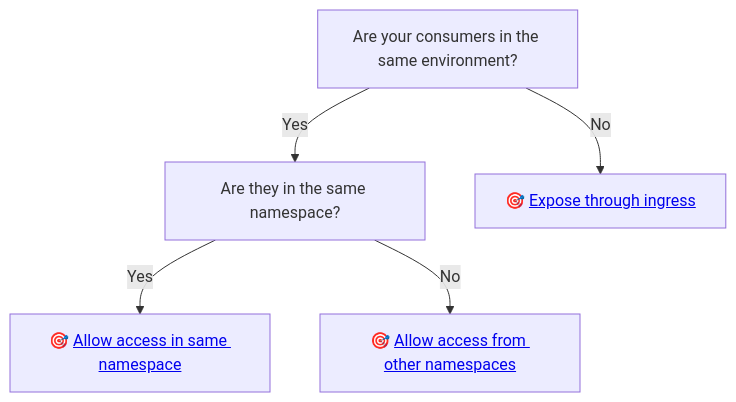
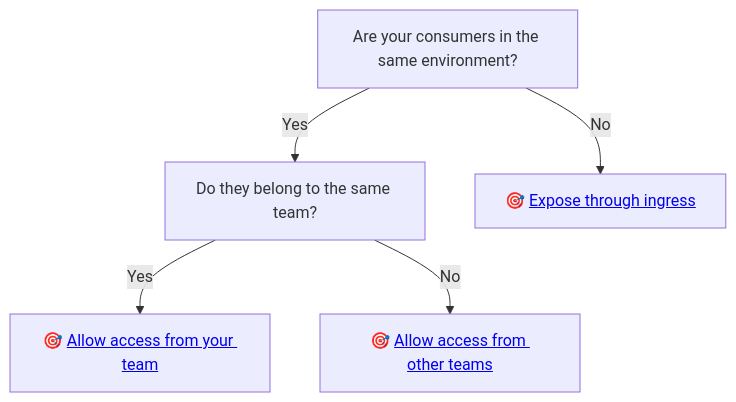
The first of 2 diagrams in docs/workloads/explanations/zero-trust.md (nais/doc), drawn with Mermaid before and after one commit. The commit also changed other lines of this file and 8 other files, not shown here.

````diff
--- a/docs/workloads/explanations/zero-trust.md
+++ b/docs/workloads/explanations/zero-trust.md
@@ -19,8 +19,8 @@
 ```mermaid
 graph TD
   A[Are your consumers in the same environment?]
-  A --> |Yes| B[Are they in the same namespace?]
+  A --> |Yes| B[Do they belong to the same team?]
   A --> |No| Ingress[🎯 <a href='../../application/how-to/expose'>Expose through ingress</a>]
-  B --> |Yes| InternalSameNS[🎯 <a href='../../how-to/access-policies#receive-requests-from-workloads-in-the-same-namespace'>Allow access in same namespace</a>]
-  B --> |No| InternalOtherNS[🎯 <a href='../../how-to/access-policies#receive-requests-from-workloads-in-other-namespaces'>Allow access from other namespaces</a>]
+  B --> |Yes| InternalSameTeam[🎯 <a href='../../how-to/access-policies#receive-requests-from-workloads-in-the-same-team'>Allow access from your team</a>]
+  B --> |No| InternalOtherTeam[🎯 <a href='../../how-to/access-policies#receive-requests-from-workloads-in-other-teams'>Allow access from other teams</a>]
 ```
````
